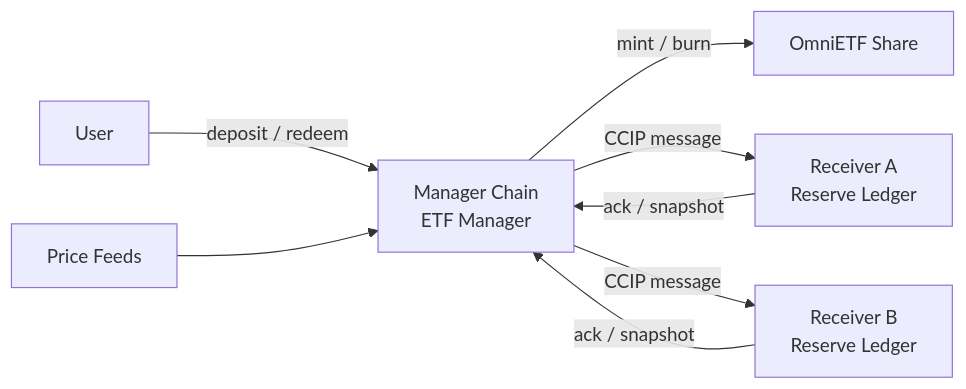
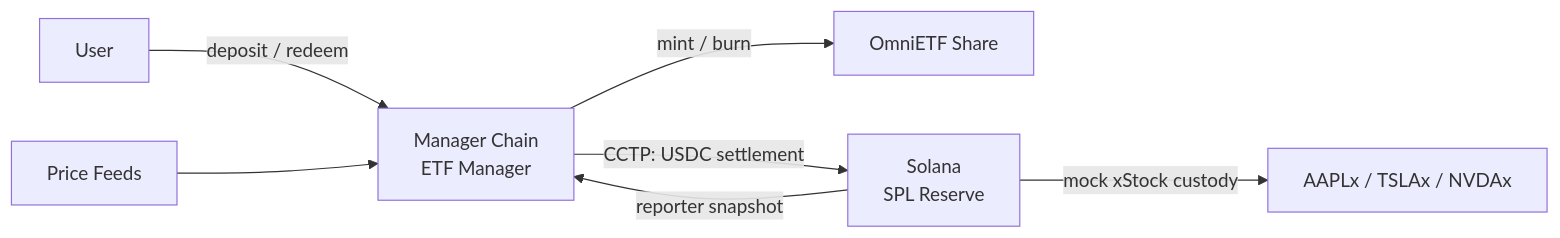
Before and after one commit to Ham3798/OmniETF: the second of 2 diagrams in slides.md, drawn with Mermaid. The commit also changed other lines of this file and 30 other files, not shown here.

````diff
--- a/slides.md
+++ b/slides.md
@@ -303,10 +305,9 @@
 ```mermaid
 flowchart LR
   U["User"] -->|"deposit / redeem"| M["Manager Chain\nETF Manager"]
   M -->|"mint / burn"| Y["OmniETF Share"]
-  M -->|"CCIP message"| R1["Receiver A\nReserve Ledger"]
-  M -->|"CCIP message"| R2["Receiver B\nReserve Ledger"]
-  R1 -->|"ack / snapshot"| M
-  R2 -->|"ack / snapshot"| M
+  M -->|"CCTP: USDC settlement"| R["Solana\nSPL Reserve"]
+  R -->|"mock xStock custody"| X["AAPLx / TSLAx / NVDAx"]
+  R -->|"reporter snapshot"| M
   P["Price Feeds"] --> M
 ```
````
